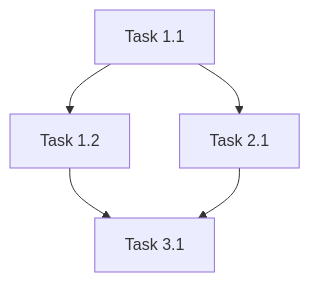
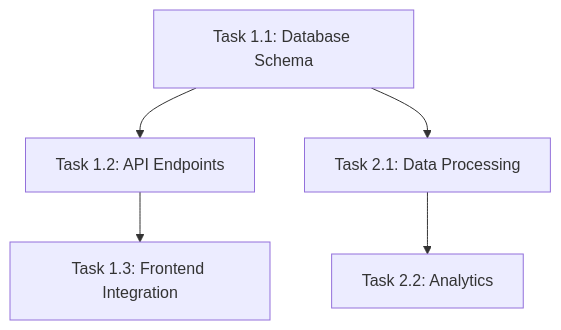
One commit to rglaubitz/claude-workflow-starter changed the diagram in templates/phases/03-execution-plan-template.md. Above: the diagram before and after it, drawn with Mermaid. The commit also changed other lines of this file, not shown here.

````diff
--- a/templates/phases/03-execution-plan-template.md
+++ b/templates/phases/03-execution-plan-template.md
@@ -74,7 +274,7 @@
 ```mermaid
 graph TD
-    A[Task 1.1] --> B[Task 1.2]
-    A --> C[Task 2.1]
-    B --> D[Task 3.1]
-    C --> D
+    A[Task 1.1: Database Schema] --> B[Task 1.2: API Endpoints]
+    B --> C[Task 1.3: Frontend Integration]
+    A --> D[Task 2.1: Data Processing]
+    D --> E[Task 2.2: Analytics]
 ```
````
